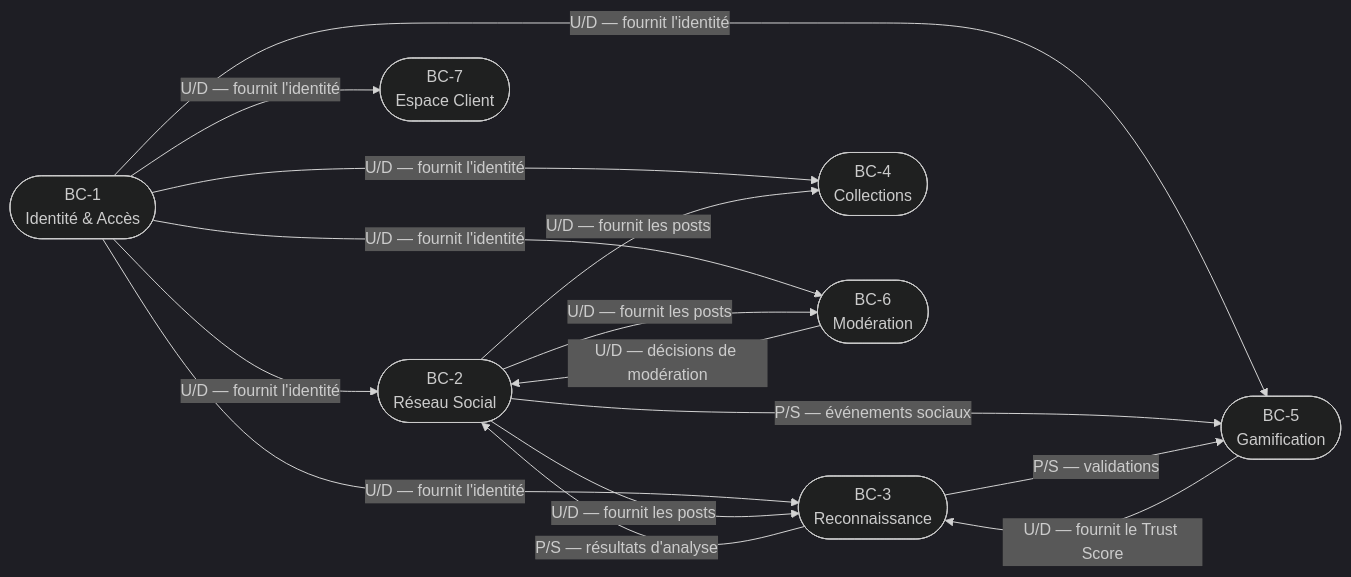
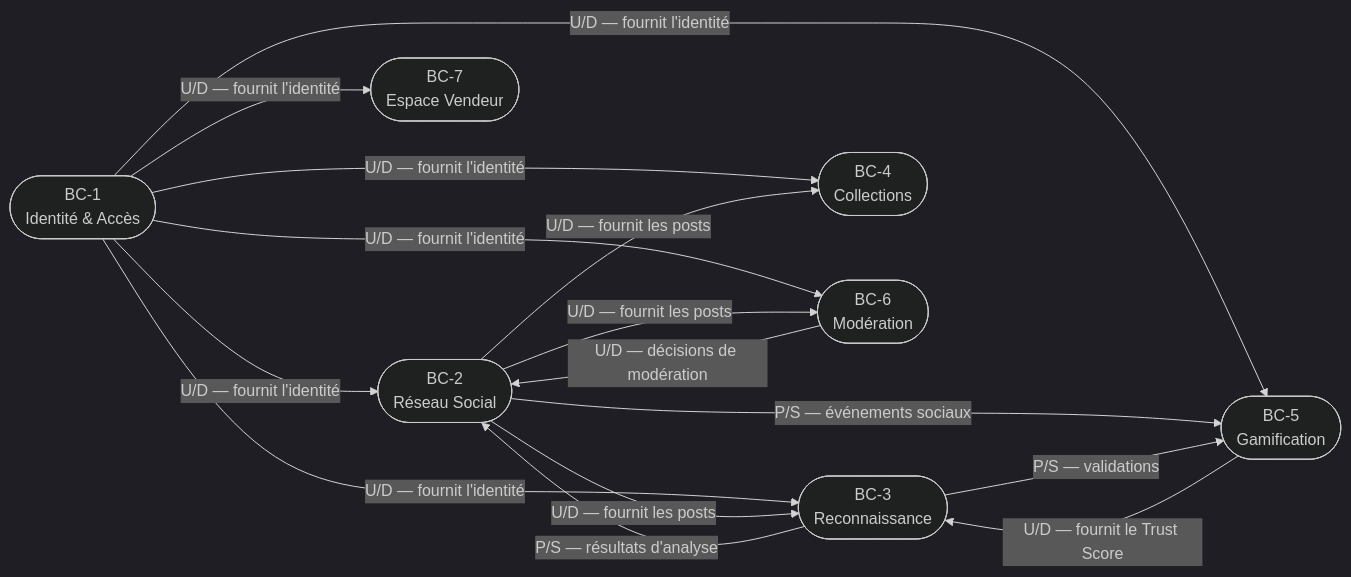
Before and after one commit to Gaetan1303/GemLink: the second of 3 diagrams in doc/domaine métier.md, drawn with Mermaid (dark theme). The commit also changed other lines of this file and 23 other files, not shown here.

````diff
--- a/doc/domaine métier.md
+++ b/doc/domaine métier.md
@@ -132,28 +132,28 @@
 ```mermaid
 graph LR
     BC1(["BC-1\nIdentité & Accès"])
     BC2(["BC-2\nRéseau Social"])
     BC3(["BC-3\nReconnaissance"])
     BC4(["BC-4\nCollections"])
     BC5(["BC-5\nGamification"])
     BC6(["BC-6\nModération"])
-    BC7(["BC-7\nEspace Client"])
+    BC7(["BC-7\nEspace Vendeur"])
 
     BC1 -- "U/D — fournit l'identité" --> BC2
     BC1 -- "U/D — fournit l'identité" --> BC3
     BC1 -- "U/D — fournit l'identité" --> BC4
     BC1 -- "U/D — fournit l'identité" --> BC5
     BC1 -- "U/D — fournit l'identité" --> BC6
     BC1 -- "U/D — fournit l'identité" --> BC7
 
     BC2 -- "U/D — fournit les posts" --> BC3
     BC2 -- "U/D — fournit les posts" --> BC4
     BC2 -- "U/D — fournit les posts" --> BC6
     BC2 -- "P/S — événements sociaux" --> BC5
 
     BC3 -- "P/S — résultats d'analyse" --> BC2
     BC3 -- "P/S — validations" --> BC5
 
     BC5 -- "U/D — fournit le Trust Score" --> BC3
     BC6 -- "U/D — décisions de modération" --> BC2
 ```
````
